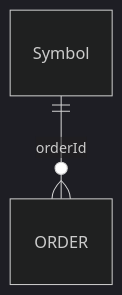
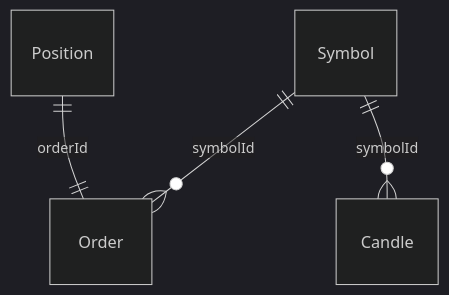
The diagram in packages/core/README.md (h4nyu/mt), drawn with Mermaid (dark theme) before and after one commit.

````diff
--- a/packages/core/README.md
+++ b/packages/core/README.md
@@ -1,4 +1,6 @@
 ```mermaid
 erDiagram
-    Symbol ||--o{ ORDER : orderId
+    Symbol ||--o{ Order : symbolId
+    Symbol ||--o{ Candle : symbolId
+    Position ||--|| Order : orderId
 ```
````
